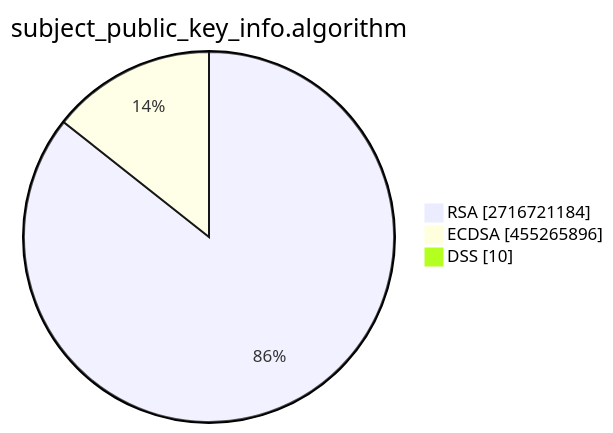
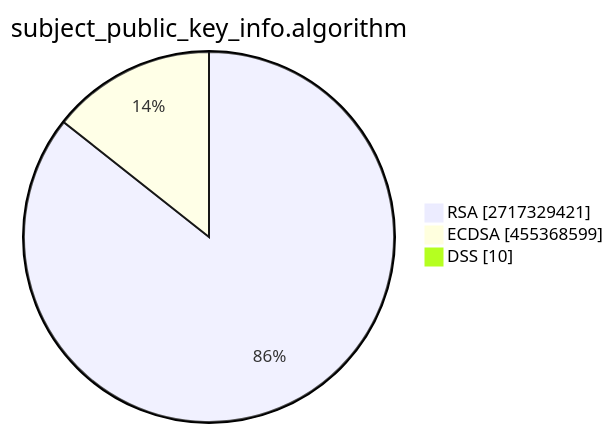
Before and after one commit to christiankrug/ctmonitor_visualization: the second of 15 diagrams in TOTAL/README.md, drawn with Mermaid. The commit also changed other lines of this file, not shown here.

````diff
--- a/TOTAL/README.md
+++ b/TOTAL/README.md
@@ -6,7 +6,7 @@
 ```mermaid
 pie showData
 title subject_public_key_info.algorithm
-"RSA" :2716721184
-"ECDSA" :455265896
+"RSA" :2717329421
+"ECDSA" :455368599
 "DSS" :10
 ```
````
